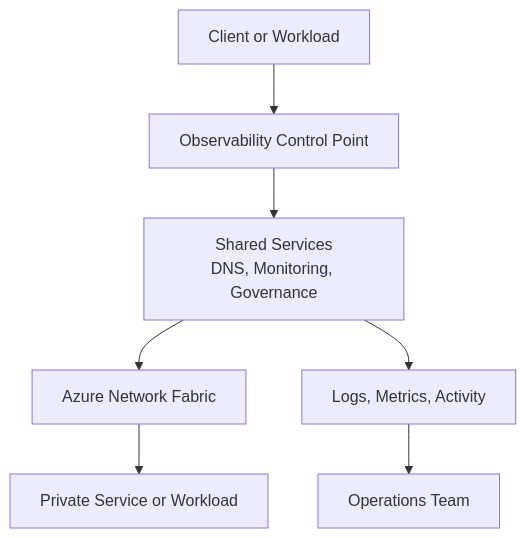
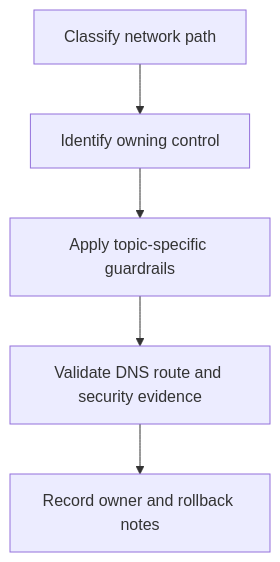
Before and after one commit to yeongseon/azure-networking-practical-guide: the diagram in docs/best-practices/observability-best-practices.md, drawn with Mermaid. The commit also changed other lines of this file and 80 other files, not shown here.

````diff
--- a/docs/best-practices/observability-best-practices.md
+++ b/docs/best-practices/observability-best-practices.md
@@ -28,10 +36,7 @@
 ```mermaid
 flowchart TD
-                Source[Client or Workload] --> Control[Observability Control Point]
-                Control --> Shared[Shared Services
-DNS, Monitoring, Governance]
-                Shared --> Azure[Azure Network Fabric]
-                Azure --> Target[Private Service or Workload]
-                Shared --> Logs[Logs, Metrics, Activity]
-                Logs --> Ops[Operations Team]
+    A[Classify network path] --> B[Identify owning control]
+    B --> C[Apply topic-specific guardrails]
+    C --> D[Validate DNS route and security evidence]
+    D --> E[Record owner and rollback notes]
 ```
````
